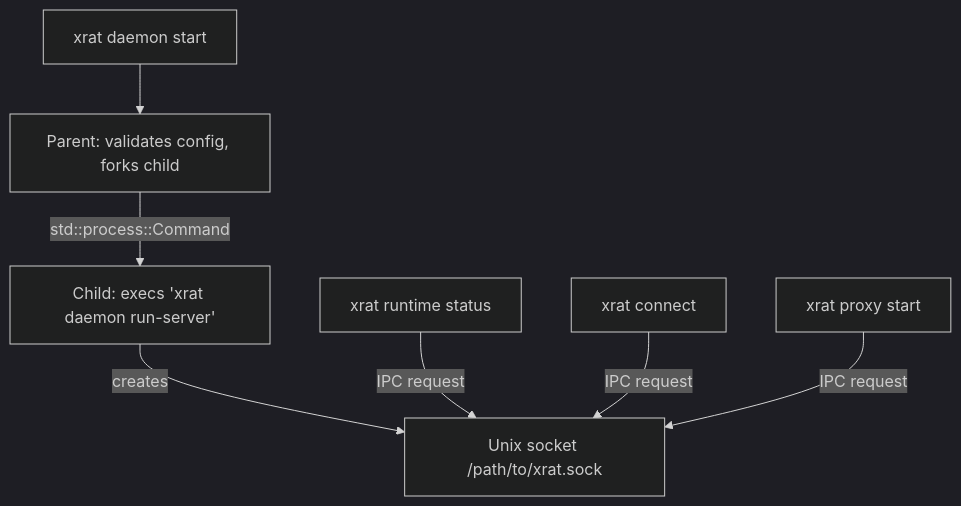
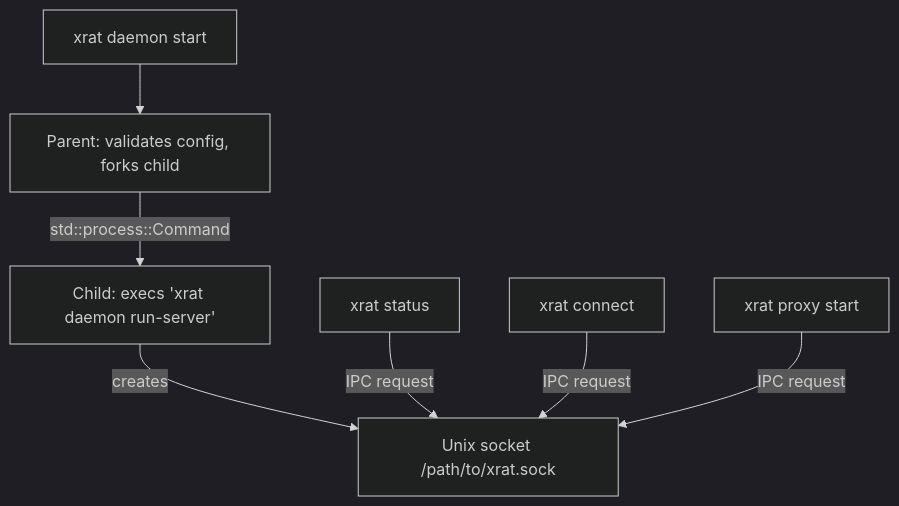
Before and after one commit to mhyrzt/xrat: the first of 7 diagrams in docs/src/06-architecture/daemon-architecture.md, drawn with Mermaid (dark theme). The commit also changed 19 other files, not shown here.

````diff
--- a/docs/src/06-architecture/daemon-architecture.md
+++ b/docs/src/06-architecture/daemon-architecture.md
@@ -8,17 +8,17 @@
 ```mermaid
 graph TB
     CLI[xrat daemon start]
     PARENT["Parent: validates config, forks child"]
     CHILD["Child: execs 'xrat daemon run-server'"]
     SOCK[Unix socket /path/to/xrat.sock]
-    CLIENT1[xrat runtime status]
+    CLIENT1[xrat status]
     CLIENT2[xrat connect]
     CLIENT3[xrat proxy start]
 
     CLI --> PARENT
     PARENT -- "std::process::Command" --> CHILD
     CHILD -- creates --> SOCK
     CLIENT1 -- IPC request --> SOCK
     CLIENT2 -- IPC request --> SOCK
     CLIENT3 -- IPC request --> SOCK
 ```
````
